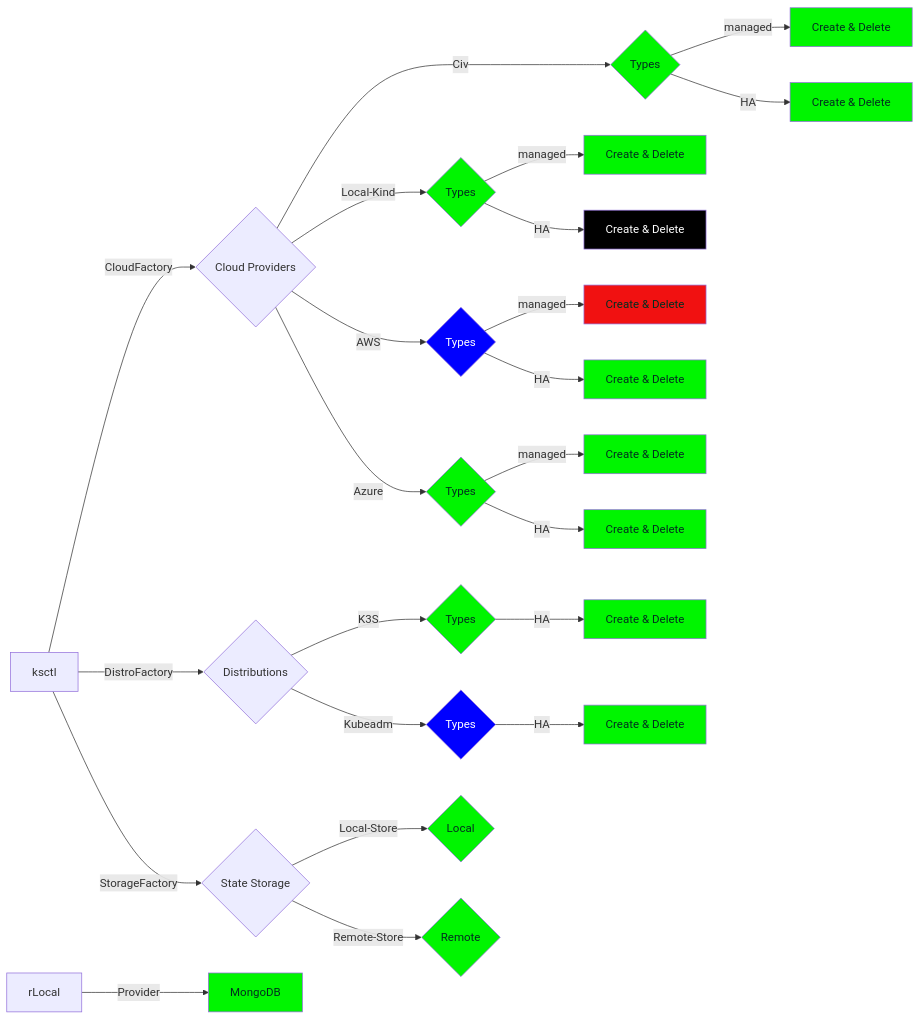
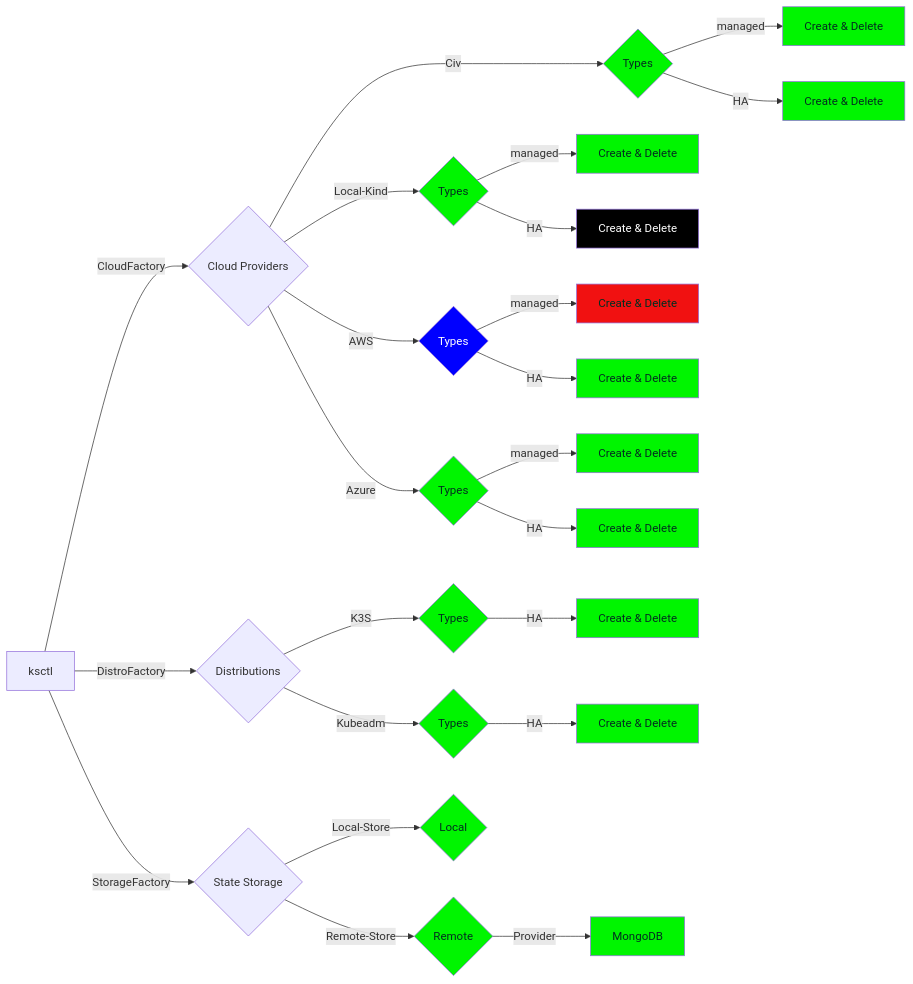
The diagram in content/en/docs/roadmap.md (ksctl/docs), drawn with Mermaid before and after one commit.

````diff
--- a/content/en/docs/roadmap.md
+++ b/content/en/docs/roadmap.md
@@ -14,40 +14,39 @@
 ```mermaid
 flowchart LR;
   classDef green color:#022e1f,fill:#00f500;
   classDef red color:#022e1f,fill:#f11111;
   classDef white color:#022e1f,fill:#fff;
   classDef black color:#fff,fill:#000;
   classDef blue color:#fff,fill:#00f;
 
   XX[ksctl]--CloudFactory-->web{Cloud Providers};
   XX[ksctl]--DistroFactory-->web2{Distributions};
   XX[ksctl]--StorageFactory-->web3{State Storage};
 
   web--Civo-->civo{Types};
   civo:::green--managed-->civom[Create & Delete]:::green;
   civo--HA-->civoha[Create & Delete]:::green;
 
   web--Local-Kind-->local{Types};
   local:::green--managed-->localm[Create & Delete]:::green;
   local--HA-->localha[Create & Delete]:::black;
 
   web--AWS-->aws{Types};
   aws:::blue--managed-->awsm[Create & Delete]:::red;
   aws--HA-->awsha[Create & Delete]:::green;
 
   web--Azure-->az{Types};
   az:::green--managed-->azsm[Create & Delete]:::green;
   az--HA-->azha[Create & Delete]:::green;
 
   web2--K3S-->k3s{Types};
   k3s:::green--HA-->k3ha[Create & Delete]:::green;
 
   web2--Kubeadm-->kubeadm{Types};
-  kubeadm:::blue--HA-->kubeadmha[Create & Delete]:::green;
+  kubeadm:::green--HA-->kubeadmha[Create & Delete]:::green;
 
   web3--Local-Store-->slocal{Local}:::green;
   web3--Remote-Store-->rlocal{Remote}:::green;
-  rLocal--Provider-->mongo[MongoDB]:::green;
-  
+  rlocal--Provider-->mongo[MongoDB]:::green;
 
 ```
````
